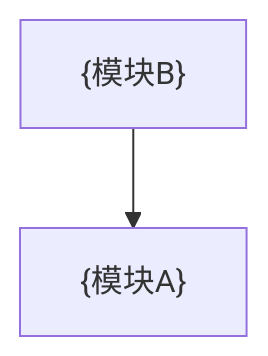
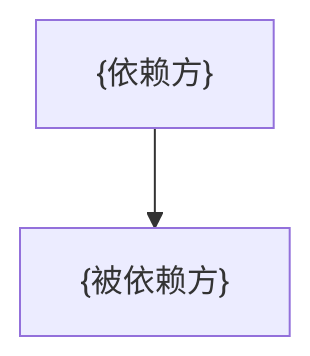
Before and after one commit to lightcodehub/agent-tools: the diagram in plugins/designer/skills/architect/assets/design-index.md, drawn with Mermaid. The commit also changed other lines of this file and 44 other files, not shown here.

````diff
--- a/plugins/designer/skills/architect/assets/design-index.md
+++ b/plugins/designer/skills/architect/assets/design-index.md
@@ -123,4 +113,4 @@
 ```mermaid
 graph TD
-    B["{模块B}"] --> A["{模块A}"]
+    caller["{依赖方}"] --> dependency["{被依赖方}"]
 ```
````
